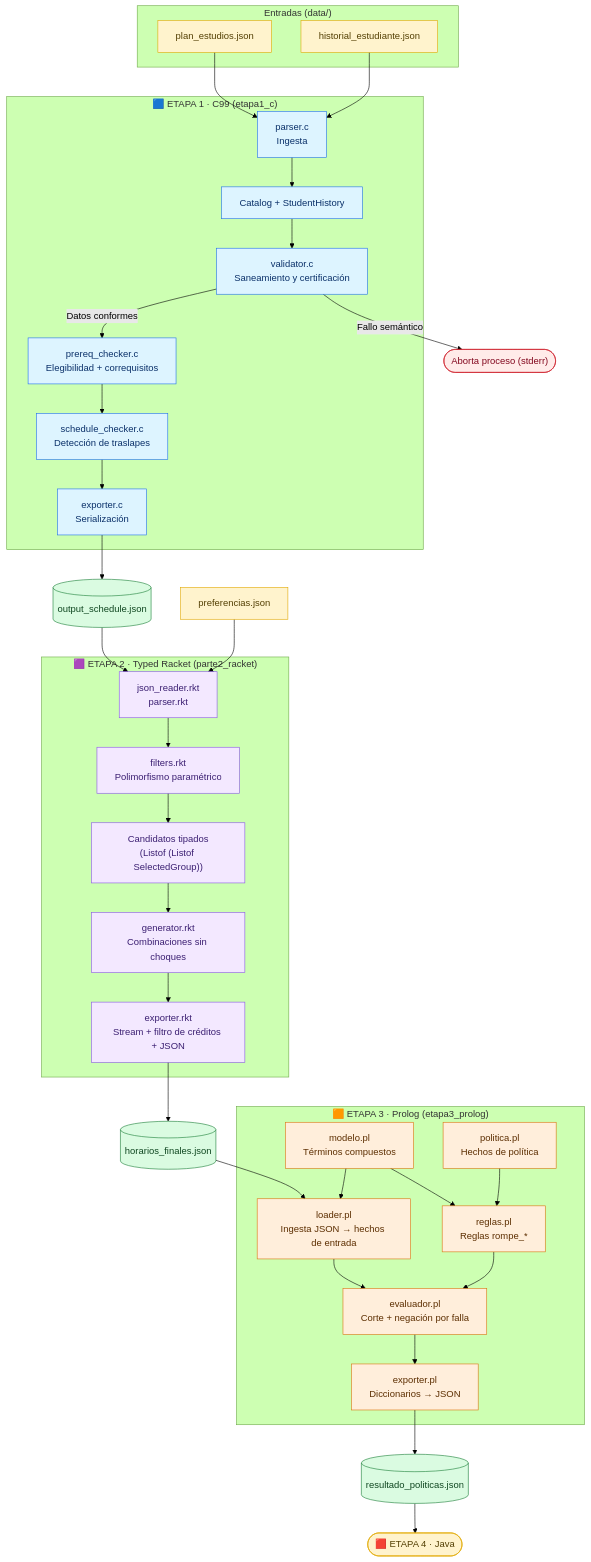
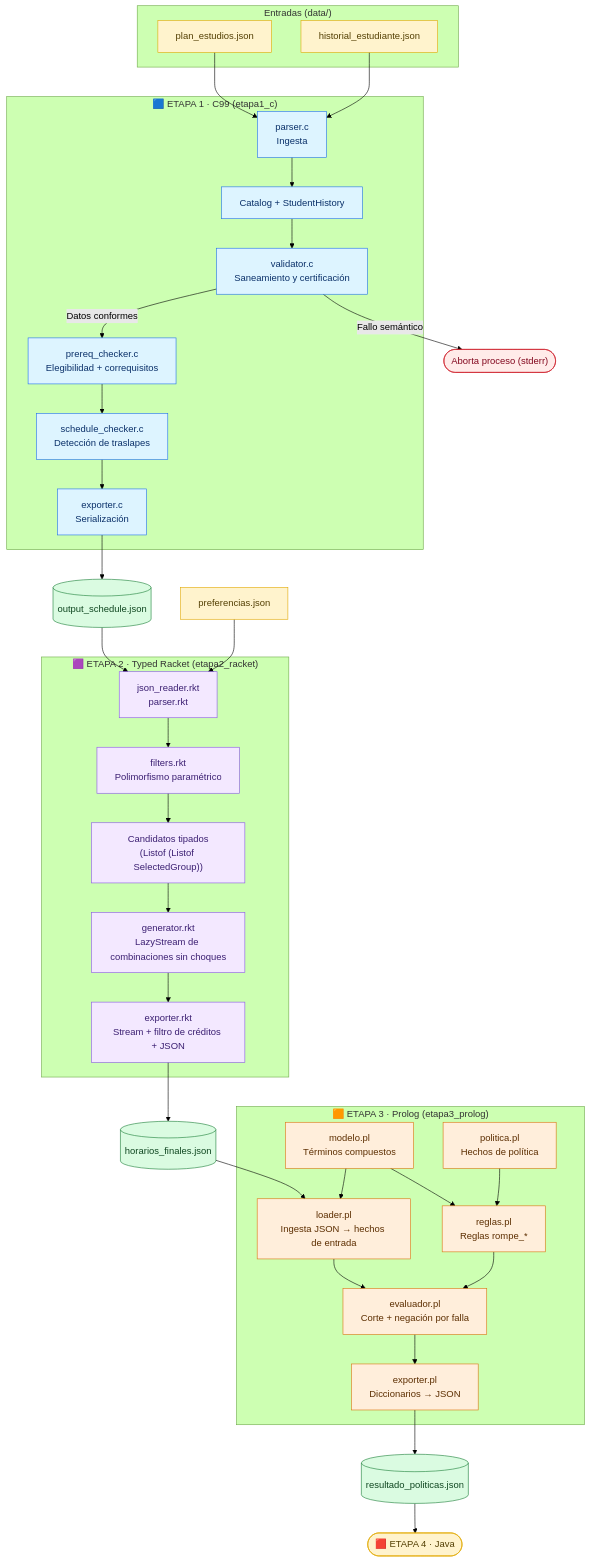
The first of 2 diagrams in README.md (Gfung12/ProyectoCEmestre), drawn with Mermaid (forest theme) before and after one commit. The commit also changed other lines of this file and 1 other file, not shown here.

````diff
--- a/README.md
+++ b/README.md
@@ -69,69 +69,69 @@
 ```mermaid
 flowchart TD
     subgraph IN["Entradas (data/)"]
         A1["plan_estudios.json"]
         A2["historial_estudiante.json"]
     end
 
     subgraph C["🟦 ETAPA 1 · C99 (etapa1_c)"]
         B1["parser.c<br/>Ingesta"]
         B2["Catalog + StudentHistory"]
         B3["validator.c<br/>Saneamiento y certificación"]
         B4["prereq_checker.c<br/>Elegibilidad + correquisitos"]
         B5["schedule_checker.c<br/>Detección de traslapes"]
         B6["exporter.c<br/>Serialización"]
     end
 
     ERR(["Aborta proceso (stderr)"])
     OUT[("output_schedule.json")]
     OUT2[("horarios_finales.json")]
     OUT3[("resultado_politicas.json")]
     NEXT(["🟥 ETAPA 4 · Java"])
     PREF["preferencias.json"]
 
-    subgraph R["🟪 ETAPA 2 · Typed Racket (parte2_racket)"]
+    subgraph R["🟪 ETAPA 2 · Typed Racket (etapa2_racket)"]
         D1["json_reader.rkt<br/>parser.rkt"]
         D2["filters.rkt<br/>Polimorfismo paramétrico"]
         D3["Candidatos tipados<br/>(Listof (Listof SelectedGroup))"]
-        D4["generator.rkt<br/>Combinaciones sin choques"]
+        D4["generator.rkt<br/>LazyStream de combinaciones sin choques"]
         D5["exporter.rkt<br/>Stream + filtro de créditos + JSON"]
     end
 
     subgraph P["🟧 ETAPA 3 · Prolog (etapa3_prolog)"]
         E1["loader.pl<br/>Ingesta JSON → hechos de entrada"]
         E2["politica.pl<br/>Hechos de política"]
         E3["modelo.pl<br/>Términos compuestos"]
         E4["reglas.pl<br/>Reglas rompe_*"]
         E5["evaluador.pl<br/>Corte + negación por falla"]
         E6["exporter.pl<br/>Diccionarios → JSON"]
     end
 
     A1 --> B1
     A2 --> B1
     B1 --> B2 --> B3
     B3 -- "Fallo semántico" --> ERR
     B3 -- "Datos conformes" --> B4 --> B5 --> B6 --> OUT
     OUT --> D1
     PREF --> D1
     D1 --> D2 --> D3 --> D4 --> D5 --> OUT2 --> E1
     E3 --> E1
     E3 --> E4
     E2 --> E4
     E1 --> E5
     E4 --> E5
     E5 --> E6 --> OUT3 --> NEXT
 
     classDef input fill:#fff3cd,stroke:#e0a800,color:#533f03;
     classDef cstage fill:#ddf4ff,stroke:#1f6feb,color:#0a3069;
     classDef rstage fill:#f3e8ff,stroke:#8957e5,color:#3b1f72;
     classDef error fill:#ffebe9,stroke:#cf222e,color:#82071e;
     classDef output fill:#dafbe1,stroke:#1a7f37,color:#0f4620;
     classDef pstage fill:#ffeedb,stroke:#d9730d,color:#5c2e00;
 
     class A1,A2,PREF,NEXT input;
     class B1,B2,B3,B4,B5,B6 cstage;
     class D1,D2,D3,D4,D5 rstage;
     class E1,E2,E3,E4,E5,E6 pstage;
     class ERR error;
     class OUT,OUT2,OUT3 output;
 ```
````
